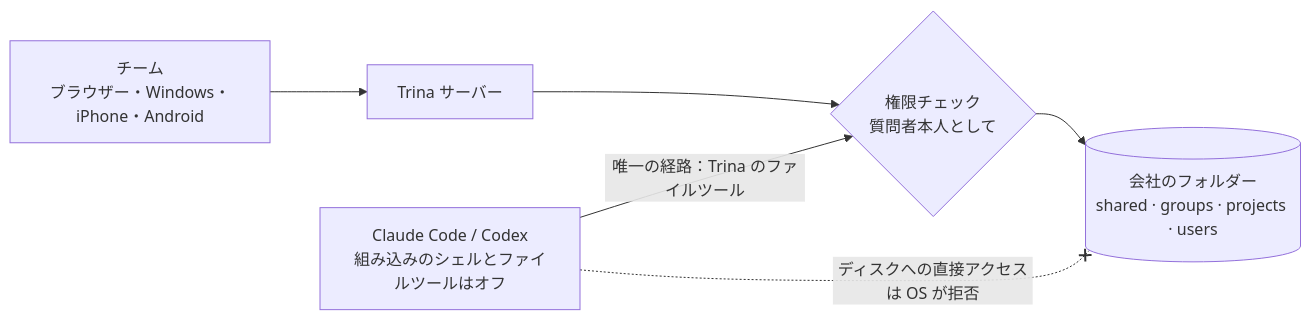
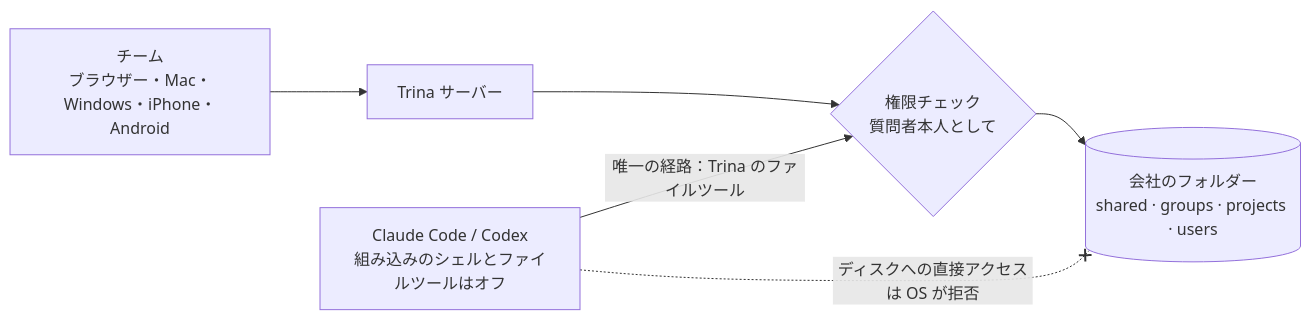
One commit to trina-app/trina-ax changed the diagram in README.ja.md. Above: the diagram before and after it, drawn with Mermaid. The commit also changed other lines of this file and 8 other files, not shown here.

````diff
--- a/README.ja.md
+++ b/README.ja.md
@@ -77,8 +152,8 @@
 ```mermaid
 flowchart LR
-  P["チーム<br/>ブラウザー・Windows・iPhone・Android"] --> S["Trina サーバー"]
+  P["チーム<br/>ブラウザー・Mac・Windows・iPhone・Android"] --> S["Trina サーバー"]
   E["Claude Code / Codex<br/>組み込みのシェルとファイルツールはオフ"] -->|"唯一の経路：Trina のファイルツール"| C{"権限チェック<br/>質問者本人として"}
   S --> C
   C --> D[("会社のフォルダー<br/>shared · groups · projects · users")]
   E -. "ディスクへの直接アクセスは OS が拒否" .-x D
 ```
````
